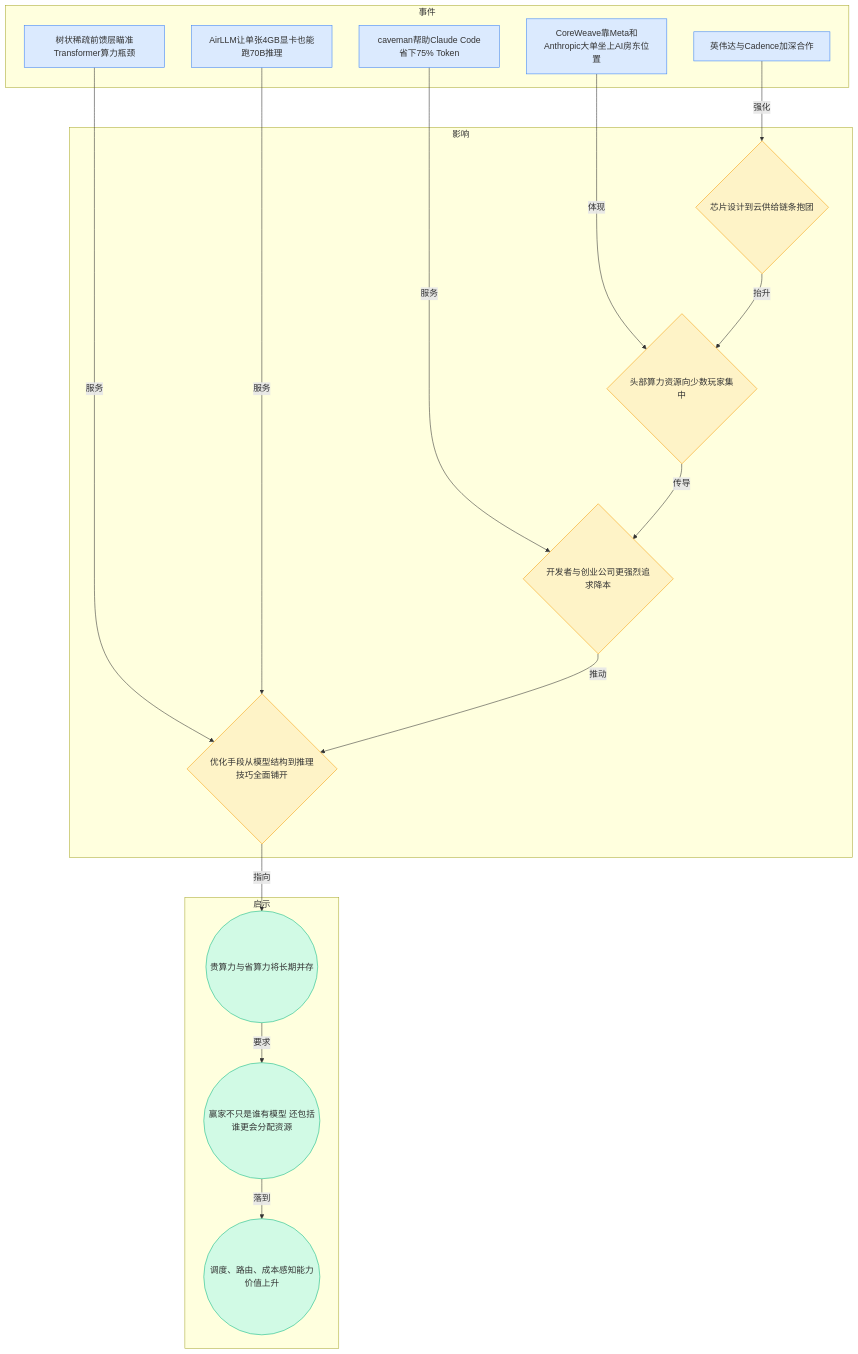
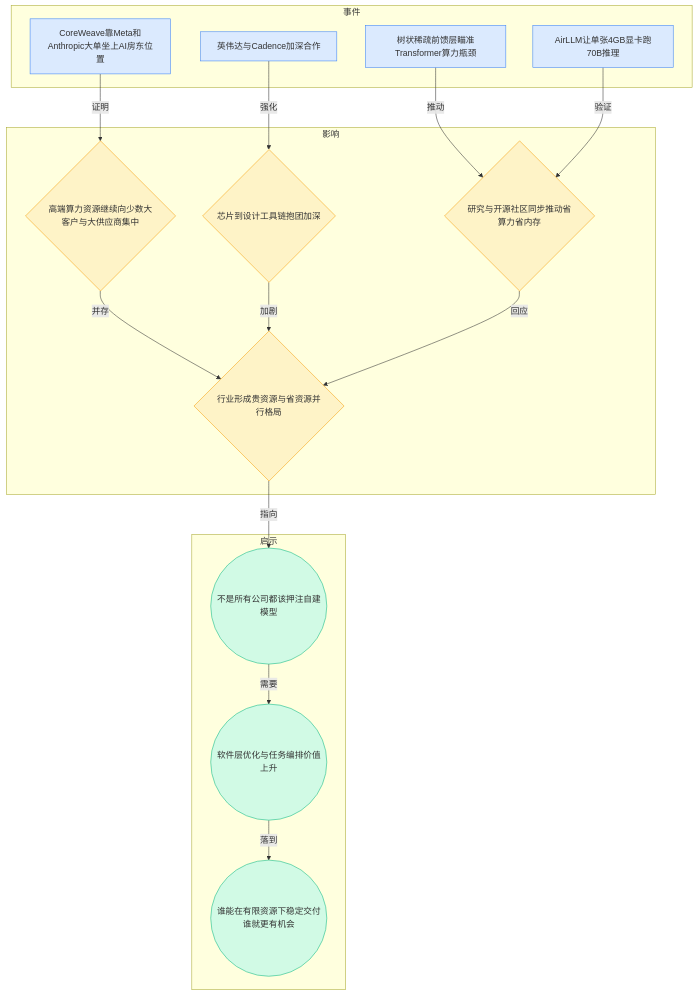
The sixth of 7 diagrams in content/cn/blog/weekly/2026-W16.md (ylzsdafei/ai-daily-site), drawn with Mermaid before and after one commit. The commit also changed other lines of this file and 2 other files, not shown here.

Commit message:
fix: 展开详细图谱改超链接样式 + 更新周报内容

````diff
--- a/content/cn/blog/weekly/2026-W16.md
+++ b/content/cn/blog/weekly/2026-W16.md
@@ -162,38 +162,36 @@
 ```mermaid
 graph TD
 subgraph 事件
 A[CoreWeave靠Meta和Anthropic大单坐上AI房东位置]
 B[英伟达与Cadence加深合作]
 C[树状稀疏前馈层瞄准Transformer算力瓶颈]
-D[AirLLM让单张4GB显卡也能跑70B推理]
-E[caveman帮助Claude Code省下75% Token]
+D[AirLLM让单张4GB显卡跑70B推理]
 end
 subgraph 影响
-F{头部算力资源向少数玩家集中}
-G{芯片设计到云供给链条抱团}
-H{开发者与创业公司更强烈追求降本}
-I{优化手段从模型结构到推理技巧全面铺开}
+E{高端算力资源继续向少数大客户与大供应商集中}
+F{芯片到设计工具链抱团加深}
+G{研究与开源社区同步推动省算力省内存}
+H{行业形成贵资源与省资源并行格局}
 end
 subgraph 启示
-J((贵算力与省算力将长期并存))
-K((赢家不只是谁有模型 还包括谁更会分配资源))
-L((调度、路由、成本感知能力价值上升))
+I((不是所有公司都该押注自建模型))
+J((软件层优化与任务编排价值上升))
+K((谁能在有限资源下稳定交付谁就更有机会))
 end
-A -->|体现| F
-B -->|强化| G
-C -->|服务| I
-D -->|服务| I
-E -->|服务| H
-F -->|传导| H
-G -->|抬升| F
-H -->|推动| I
-I -->|指向| J
-J -->|要求| K
-K -->|落到| L
+A -->|证明| E
+B -->|强化| F
+C -->|推动| G
+D -->|验证| G
+E -->|并存| H
+F -->|加剧| H
+G -->|回应| H
+H -->|指向| I
+I -->|需要| J
+J -->|落到| K
 classDef blue fill:#dbeafe,stroke:#3b82f6
 classDef yellow fill:#fef3c7,stroke:#f59e0b
 classDef green fill:#d1fae5,stroke:#10b981
-class A,B,C,D,E blue
-class F,G,H,I yellow
-class J,K,L green
+class A,B,C,D blue
+class E,F,G,H yellow
+class I,J,K green
 ```
````
